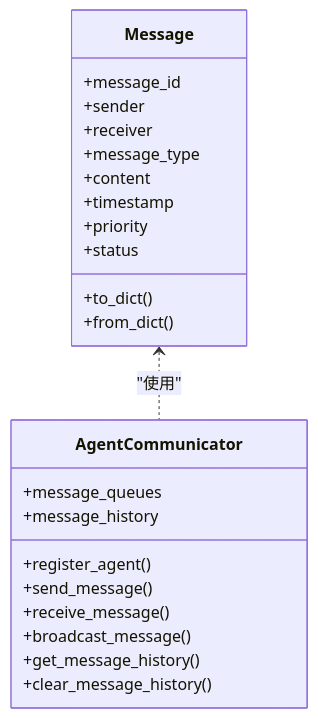
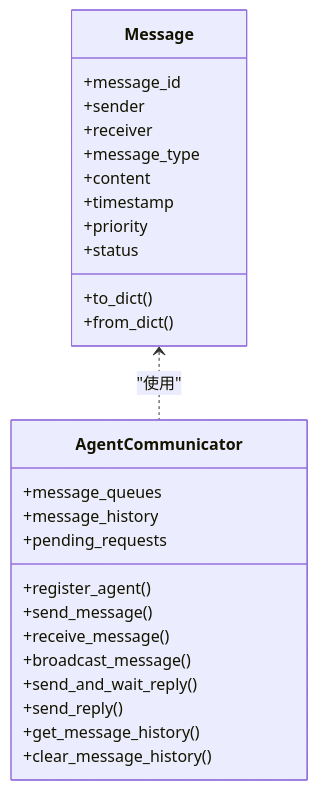
Before and after one commit to xfbyxq/ai-novel-system: the third of 9 diagrams in .qoder/repowiki/zh/content/AI智能体系统/智能体通信机制.md, drawn with Mermaid. The commit also changed other lines of this file and 38 other files, not shown here.

````diff
--- a/.qoder/repowiki/zh/content/AI智能体系统/智能体通信机制.md
+++ b/.qoder/repowiki/zh/content/AI智能体系统/智能体通信机制.md
@@ -193,26 +251,29 @@
 ```mermaid
 classDiagram
 class Message {
 +message_id
 +sender
 +receiver
 +message_type
 +content
 +timestamp
 +priority
 +status
 +to_dict()
 +from_dict()
 }
 class AgentCommunicator {
 +message_queues
 +message_history
++pending_requests
 +register_agent()
 +send_message()
 +receive_message()
 +broadcast_message()
++send_and_wait_reply()
++send_reply()
 +get_message_history()
 +clear_message_history()
 }
 Message <.. AgentCommunicator : "使用"
 ```
````
